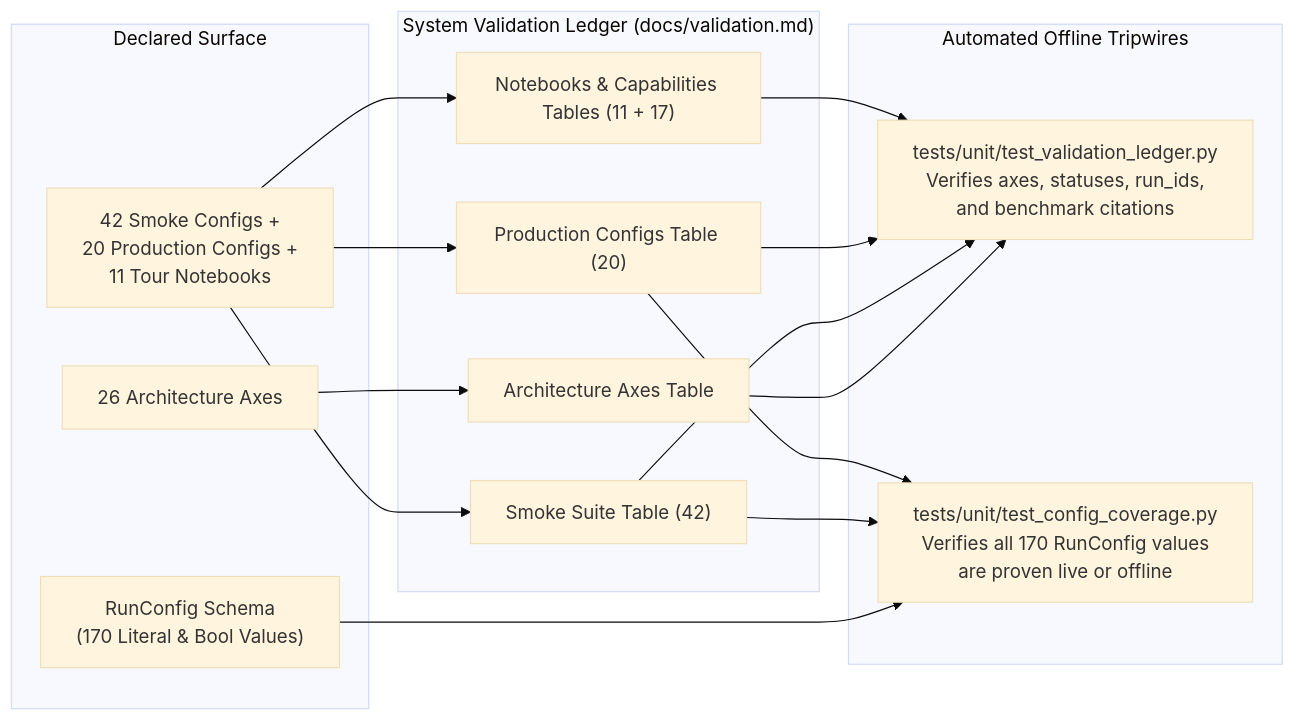
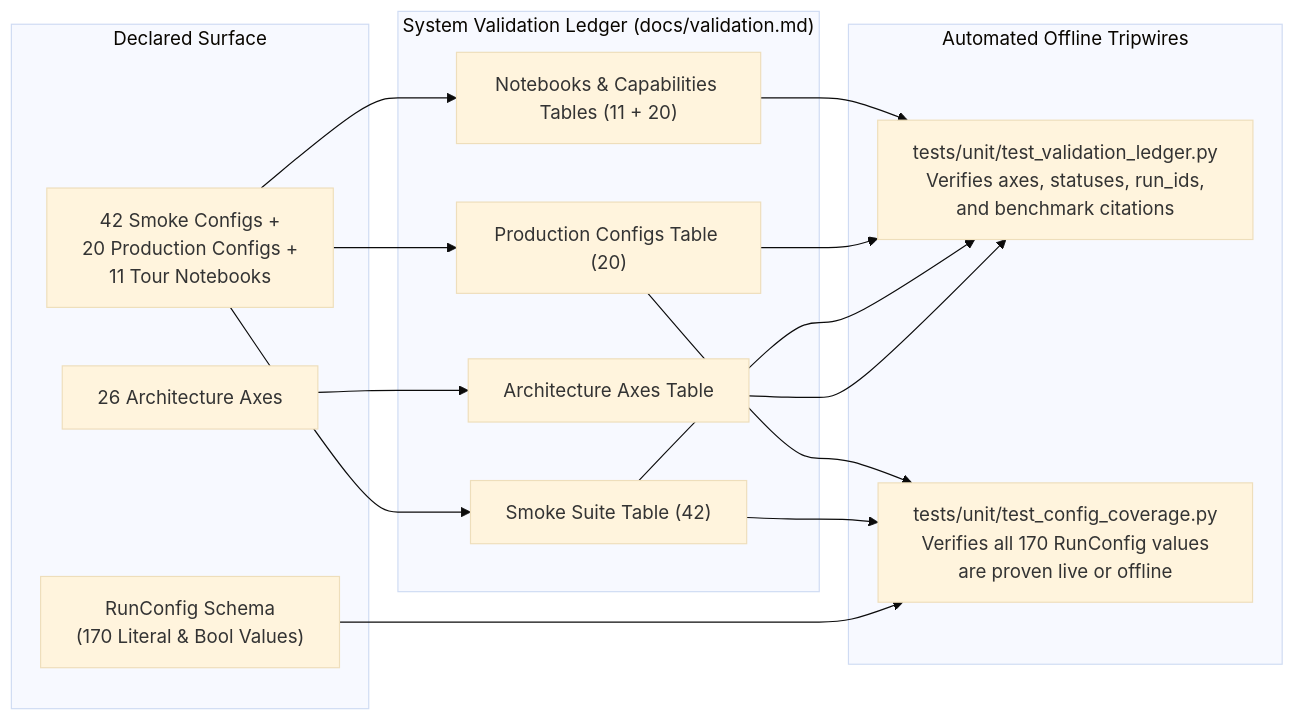
One commit to statmike/scale-forecasting changed the diagram in docs/validation.md. Above: the diagram before and after it, drawn with Mermaid (base theme). The commit also changed other lines of this file and 18 other files, not shown here.

````diff
--- a/docs/validation.md
+++ b/docs/validation.md
@@ -7,25 +7,25 @@
 ```mermaid
 flowchart LR
     subgraph Surface["Declared Surface"]
         Axes["26 Architecture Axes"]
         RunCfg["RunConfig Schema<br/>(170 Literal & Bool Values)"]
         Configs["42 Smoke Configs +<br/>20 Production Configs +<br/>11 Tour Notebooks"]
     end
 
     subgraph Ledger["System Validation Ledger (docs/validation.md)"]
         T1["Architecture Axes Table"]
         T2["Smoke Suite Table (42)"]
         T3["Production Configs Table (20)"]
-        T4["Notebooks & Capabilities Tables (11 + 17)"]
+        T4["Notebooks & Capabilities Tables (11 + 20)"]
     end
 
     subgraph Gates["Automated Offline Tripwires"]
         VTest["tests/unit/test_validation_ledger.py<br/>Verifies axes, statuses, run_ids,<br/>and benchmark citations"]
         CTest["tests/unit/test_config_coverage.py<br/>Verifies all 170 RunConfig values<br/>are proven live or offline"]
     end
 
     Axes --> T1
     Configs --> T2 & T3 & T4
     T1 & T2 & T3 & T4 --> VTest
     RunCfg & T2 & T3 --> CTest
 ```
````
